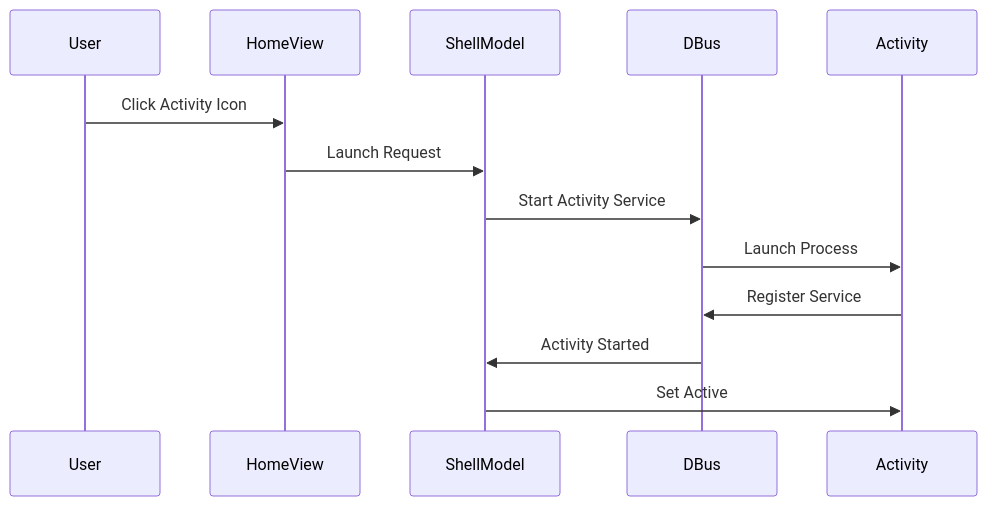
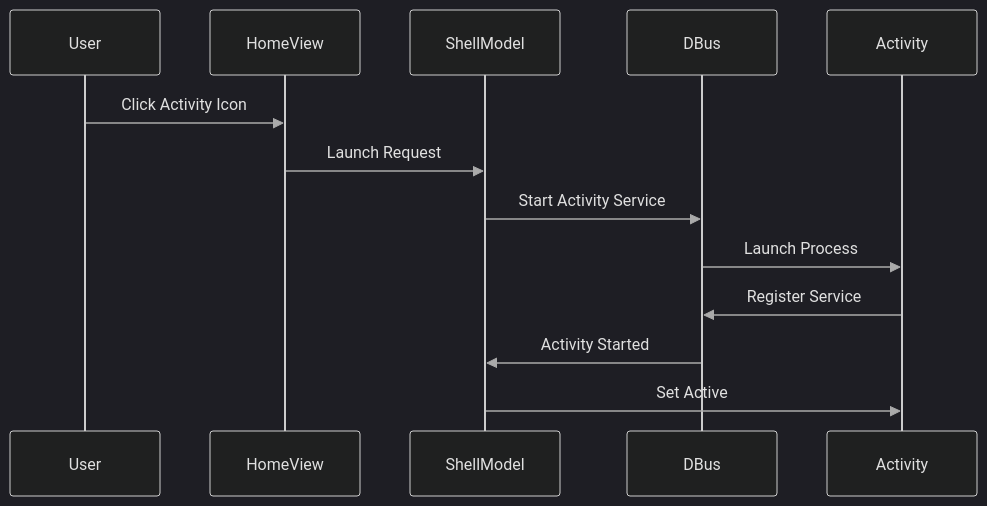
One commit to Dev10-sys/sugar-proposal-gtk changed the second of 9 diagrams in proposal.md. Above: the diagram before and after it, drawn with Mermaid. The commit also changed other lines of this file, not shown here.

Commit message:
Dark theme diagrams: professional system architecture style with amber highlights

````diff
--- a/proposal.md
+++ b/proposal.md
@@ -240,16 +218,17 @@
 ```mermaid
+%%{init: {'theme': 'dark', 'themeVariables': {'actorTextColor': '#e0e0e0', 'signalColor': '#aaa', 'signalTextColor': '#e0e0e0', 'labelTextColor': '#e0e0e0', 'fontSize': '14px'}}}%%
 sequenceDiagram
     participant User
     participant HomeView
     participant ShellModel
     participant DBus
     participant Activity
 
     User->>HomeView: Click Activity Icon
     HomeView->>ShellModel: Launch Request
     ShellModel->>DBus: Start Activity Service
     DBus->>Activity: Launch Process
     Activity->>DBus: Register Service
     DBus->>ShellModel: Activity Started
     ShellModel->>Activity: Set Active
 ```
````
